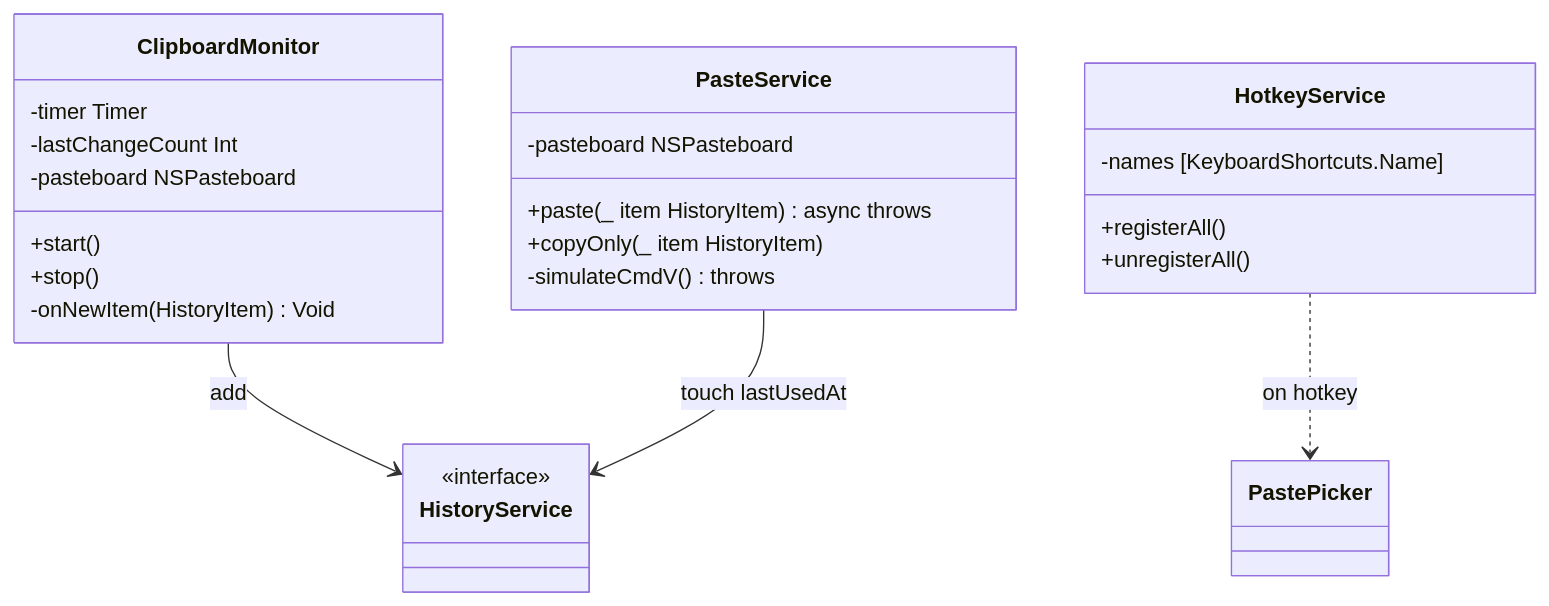
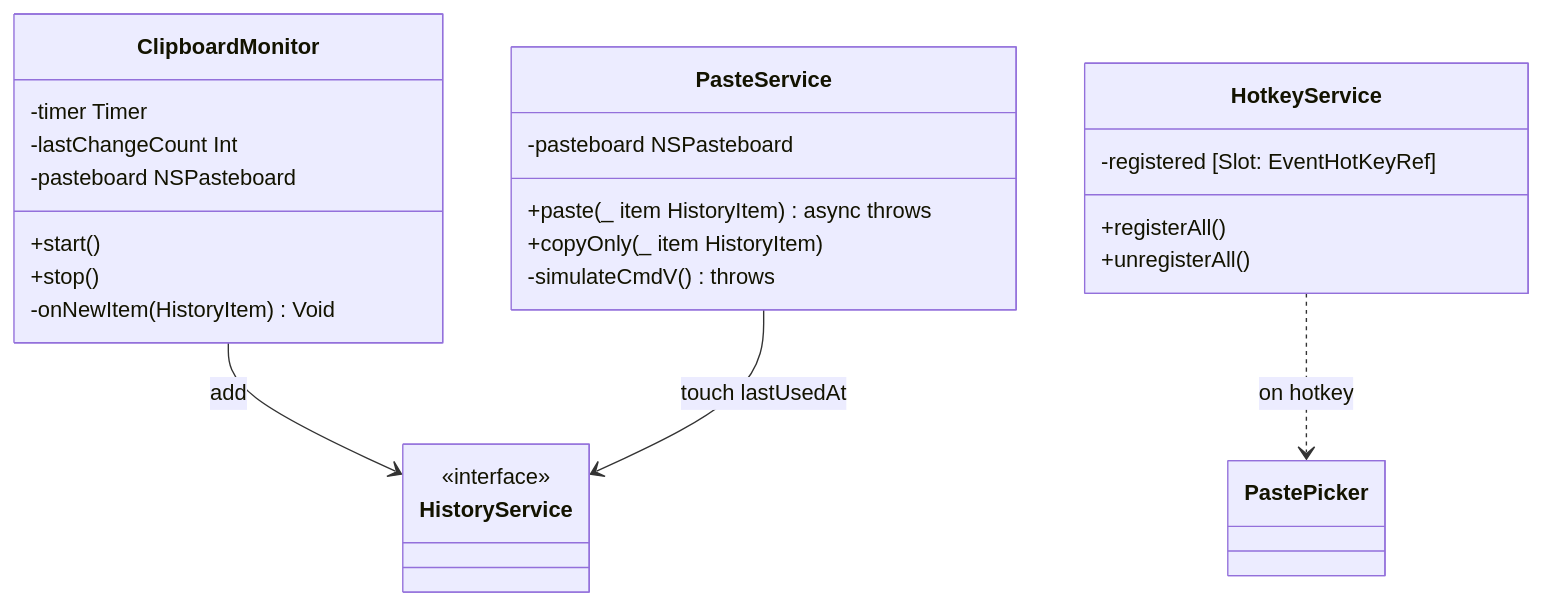
The first of 4 diagrams in docs/clip-shelf/clipboard-monitor-spec.md (DIO0550/mac-clip-shelf), drawn with Mermaid before and after one commit. The commit also changed other lines of this file and 3 other files, not shown here.

First line of the commit message:
📝 [Doc]: #17 グローバルショートカットを KeyboardShortcuts から自前実装に変更

````diff
--- a/docs/clip-shelf/clipboard-monitor-spec.md
+++ b/docs/clip-shelf/clipboard-monitor-spec.md
@@ -12,32 +12,32 @@
 ```mermaid
 classDiagram
     class ClipboardMonitor {
         +start()
         +stop()
         -timer Timer
         -lastChangeCount Int
         -pasteboard NSPasteboard
         -onNewItem (HistoryItem) Void
     }
 
     class HotkeyService {
         +registerAll()
         +unregisterAll()
-        -names [KeyboardShortcuts.Name]
+        -registered [Slot: EventHotKeyRef]
     }
 
     class PasteService {
         +paste(_ item HistoryItem) async throws
         +copyOnly(_ item HistoryItem)
         -pasteboard NSPasteboard
         -simulateCmdV() throws
     }
 
     class HistoryService {
         <<interface>>
     }
 
     ClipboardMonitor --> HistoryService : add
     PasteService --> HistoryService : touch lastUsedAt
     HotkeyService ..> PastePicker : on hotkey
 ```
````
